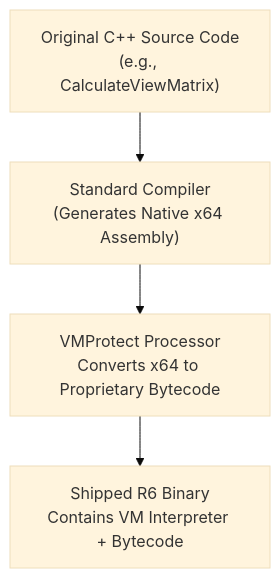
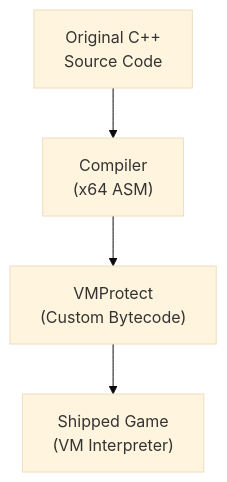
The third of 3 diagrams in topics/24-aaa-binary-obfuscation-and-r6-security-mechanics/README.md (DaddyZyn/Cyber-security-notes), drawn with Mermaid (base theme) before and after one commit. The commit also changed other lines of this file and 7 other files, not shown here.

Commit message:
fix: reformat all diagrams in modules 20-27 with ultra-short line wrapping to prevent GitHub SVG text clipping

````diff
--- a/topics/24-aaa-binary-obfuscation-and-r6-security-mechanics/README.md
+++ b/topics/24-aaa-binary-obfuscation-and-r6-security-mechanics/README.md
@@ -94,9 +94,6 @@
 ```mermaid
 flowchart TD
-    Orig["Original C++ Source Code<br/>(e.g., CalculateViewMatrix)"]
-    Compiler["Standard Compiler<br/>(Generates Native x64 Assembly)"]
-    VMP["VMProtect Processor<br/>Converts x64 to Proprietary Bytecode"]
-    Binary["Shipped R6 Binary<br/>Contains VM Interpreter + Bytecode"]
-
-    Orig --> Compiler --> VMP --> Binary
+    Orig["Original C++<br/>Source Code"] --> Compiler["Compiler<br/>(x64 ASM)"]
+    Compiler --> VMP["VMProtect<br/>(Custom Bytecode)"]
+    VMP --> Binary["Shipped Game<br/>(VM Interpreter)"]
 ```
````
